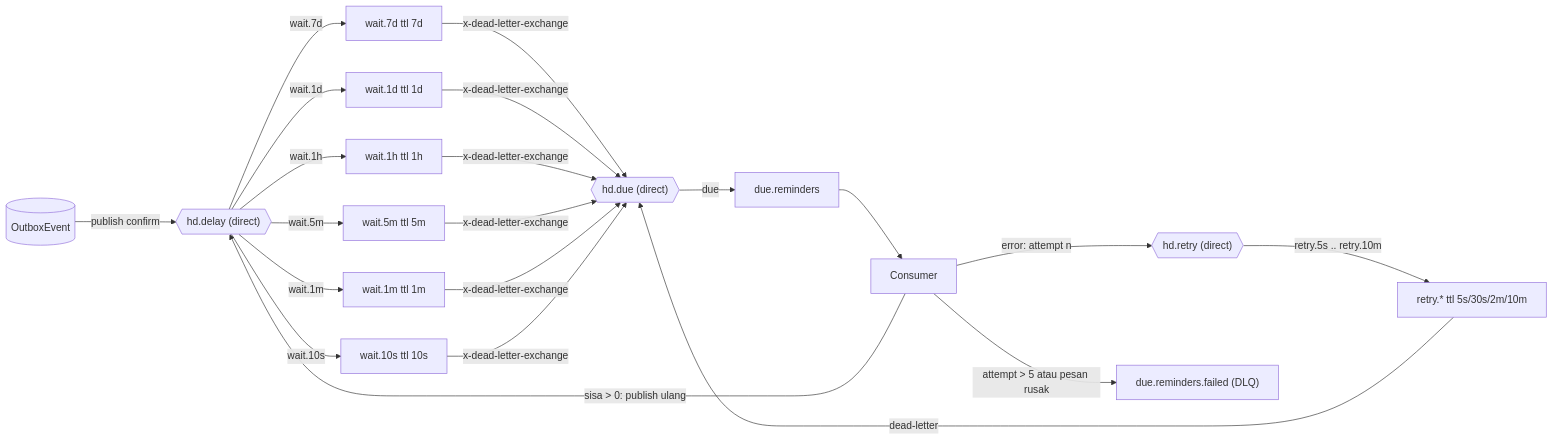
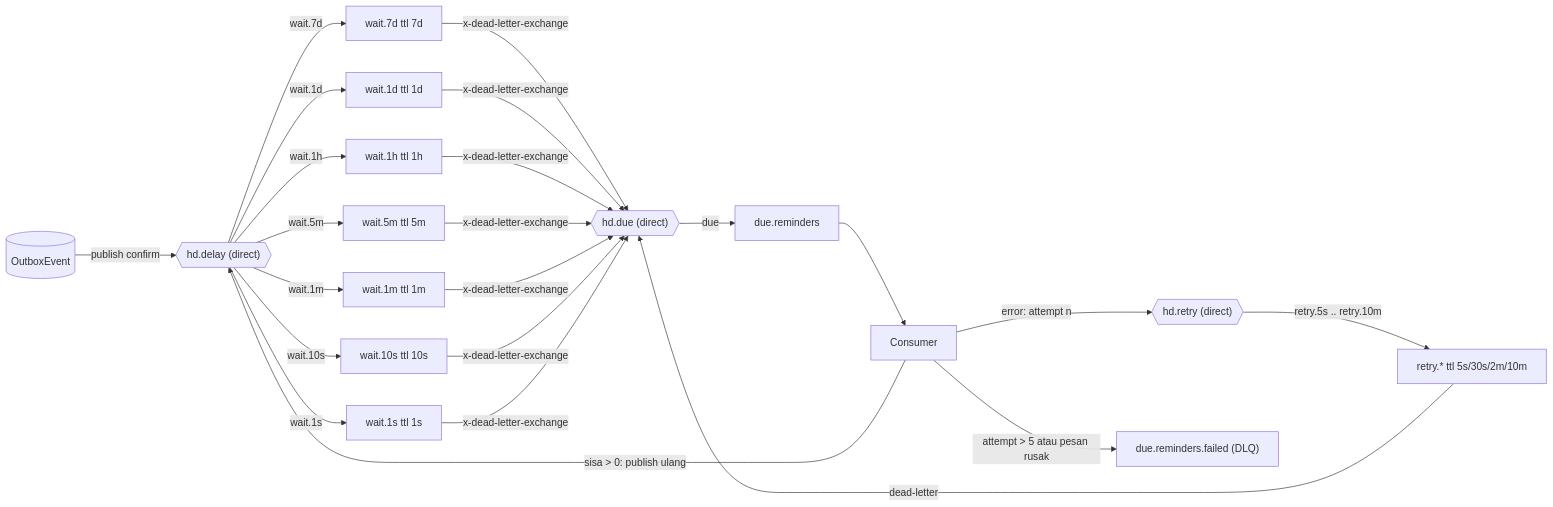
Before and after one commit to sellebeww/HakData: the fourth of 4 diagrams in docs/ARCHITECTURE.md, drawn with Mermaid. The commit also changed other lines of this file and 25 other files, not shown here.

````diff
--- a/docs/ARCHITECTURE.md
+++ b/docs/ARCHITECTURE.md
@@ -130,18 +146,19 @@
 ```mermaid
 flowchart LR
   OB[(OutboxEvent)] -->|publish confirm| EXD{{"hd.delay (direct)"}}
   EXD -->|wait.7d| W7["wait.7d ttl 7d"]
   EXD -->|wait.1d| W1["wait.1d ttl 1d"]
   EXD -->|wait.1h| WH["wait.1h ttl 1h"]
   EXD -->|wait.5m| W5["wait.5m ttl 5m"]
   EXD -->|wait.1m| WM["wait.1m ttl 1m"]
   EXD -->|wait.10s| WS["wait.10s ttl 10s"]
-  W7 & W1 & WH & W5 & WM & WS -->|"x-dead-letter-exchange"| EXU{{"hd.due (direct)"}}
+  EXD -->|wait.1s| W1s["wait.1s ttl 1s"]
+  W7 & W1 & WH & W5 & WM & WS & W1s -->|"x-dead-letter-exchange"| EXU{{"hd.due (direct)"}}
   EXU -->|due| QD["due.reminders"]
   QD --> CON[Consumer]
   CON -->|"sisa > 0: publish ulang"| EXD
   CON -->|"error: attempt n"| EXR{{"hd.retry (direct)"}}
   EXR -->|retry.5s .. retry.10m| RQ["retry.* ttl 5s/30s/2m/10m"]
   RQ -->|dead-letter| EXU
   CON -->|"attempt > 5 atau pesan rusak"| FQ["due.reminders.failed (DLQ)"]
 ```
````
